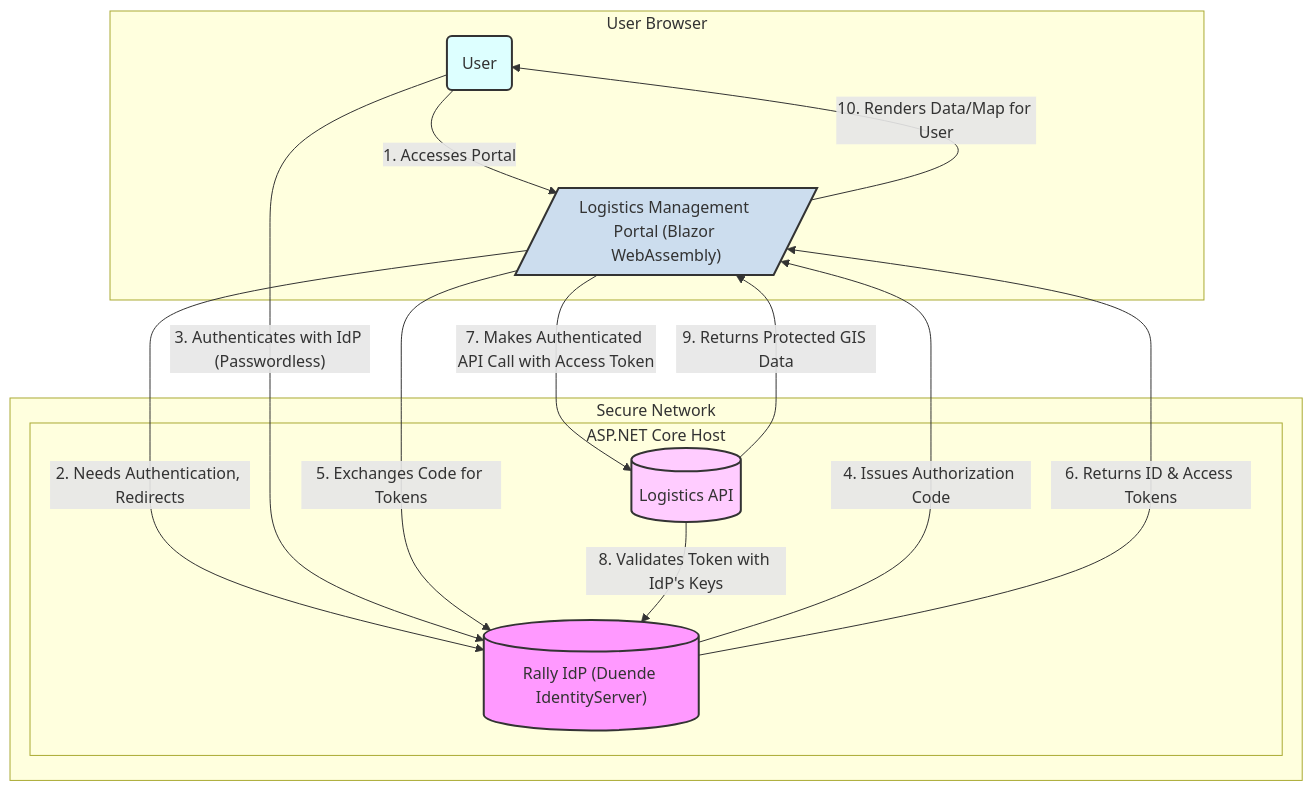
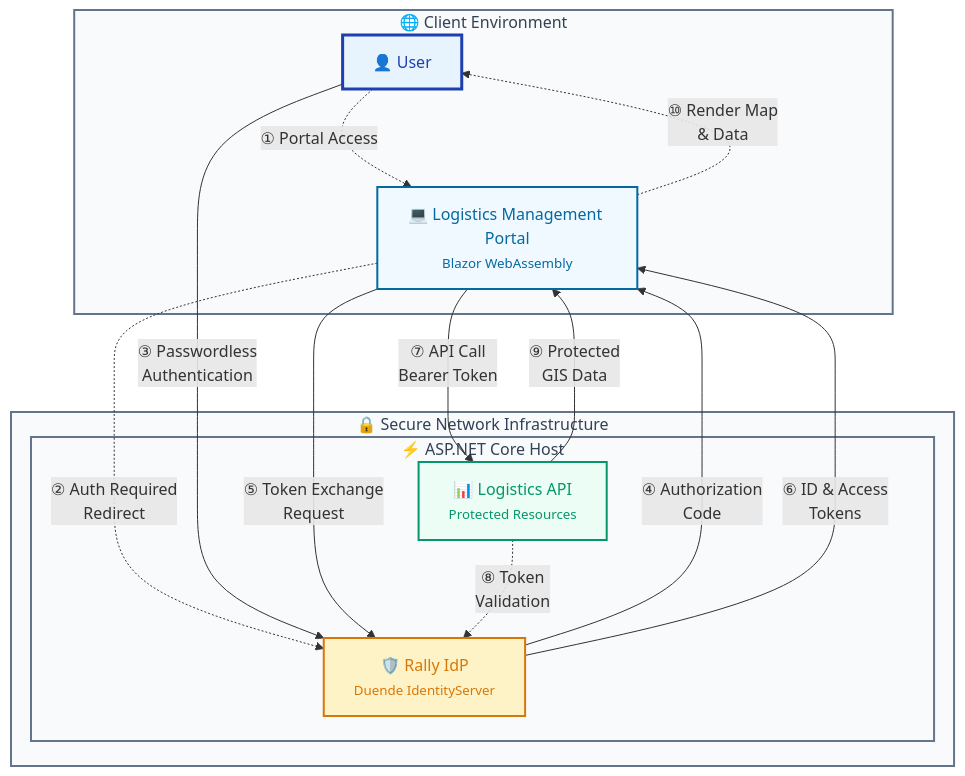
One commit to fady17/rally changed the diagram in README.md. Above: the diagram before and after it, drawn with Mermaid.

Commit message:
readmedoc

````diff
--- a/README.md
+++ b/README.md
@@ -29,30 +29,38 @@
 ```mermaid
 graph TD
-    subgraph User Browser
-        U(User)
-        BP[/"Logistics Management Portal (Blazor WebAssembly)"/]
+    subgraph Client ["🌐 Client Environment"]
+        U[👤 User]
+        BP["💻 Logistics Management Portal<br/><small>Blazor WebAssembly</small>"]
     end
 
-    subgraph Secure Network
-        subgraph "ASP.NET Core Host"
-            IDP[("Rally IdP (Duende IdentityServer)")]
-            API[("Logistics API")]
+    subgraph SecureNet ["🔒 Secure Network Infrastructure"]
+        subgraph Host ["⚡ ASP.NET Core Host"]
+            IDP["🛡️ Rally IdP<br/><small>Duende IdentityServer</small>"]
+            API["📊 Logistics API<br/><small>Protected Resources</small>"]
         end
     end
 
-    U -- "1. Accesses Portal" --> BP
-    BP -- "2. Needs Authentication, Redirects" --> IDP
-    U -- "3. Authenticates with IdP (Passwordless)" --> IDP
-    IDP -- "4. Issues Authorization Code" --> BP
-    BP -- "5. Exchanges Code for Tokens" --> IDP
-    IDP -- "6. Returns ID & Access Tokens" --> BP
-    BP -- "7. Makes Authenticated API Call with Access Token" --> API
-    API -- "8. Validates Token with IdP's Keys" --> IDP
-    API -- "9. Returns Protected GIS Data" --> BP
-    BP -- "10. Renders Data/Map for User" --> U
+    U -.->|"① Portal Access"| BP
+    BP -.->|"② Auth Required<br/>Redirect"| IDP
+    U -->|"③ Passwordless<br/>Authentication"| IDP
+    IDP -->|"④ Authorization<br/>Code"| BP
+    BP -->|"⑤ Token Exchange<br/>Request"| IDP
+    IDP -->|"⑥ ID & Access<br/>Tokens"| BP
+    BP -->|"⑦ API Call<br/>Bearer Token"| API
+    API -.->|"⑧ Token<br/>Validation"| IDP
+    API -->|"⑨ Protected<br/>GIS Data"| BP
+    BP -.->|"⑩ Render Map<br/>& Data"| U
 
-    style U fill:#dff,stroke:#333,stroke-width:2px
-    style BP fill:#cde,stroke:#333,stroke-width:2px
-    style IDP fill:#f9f,stroke:#333,stroke-width:2px
-    style API fill:#fcf,stroke:#333,stroke-width:2px
+    %% Modern color scheme with better contrast
+    classDef userStyle fill:#e8f4fd,stroke:#1e40af,stroke-width:3px,color:#1e40af
+    classDef portalStyle fill:#f0f9ff,stroke:#0369a1,stroke-width:2px,color:#0369a1
+    classDef idpStyle fill:#fef3c7,stroke:#d97706,stroke-width:2px,color:#d97706
+    classDef apiStyle fill:#ecfdf5,stroke:#059669,stroke-width:2px,color:#059669
+    classDef subgraphStyle fill:#f8fafc,stroke:#64748b,stroke-width:2px,color:#334155
+
+    class U userStyle
+    class BP portalStyle
+    class IDP idpStyle
+    class API apiStyle
+    class Client,SecureNet,Host subgraphStyle
 ```
````
